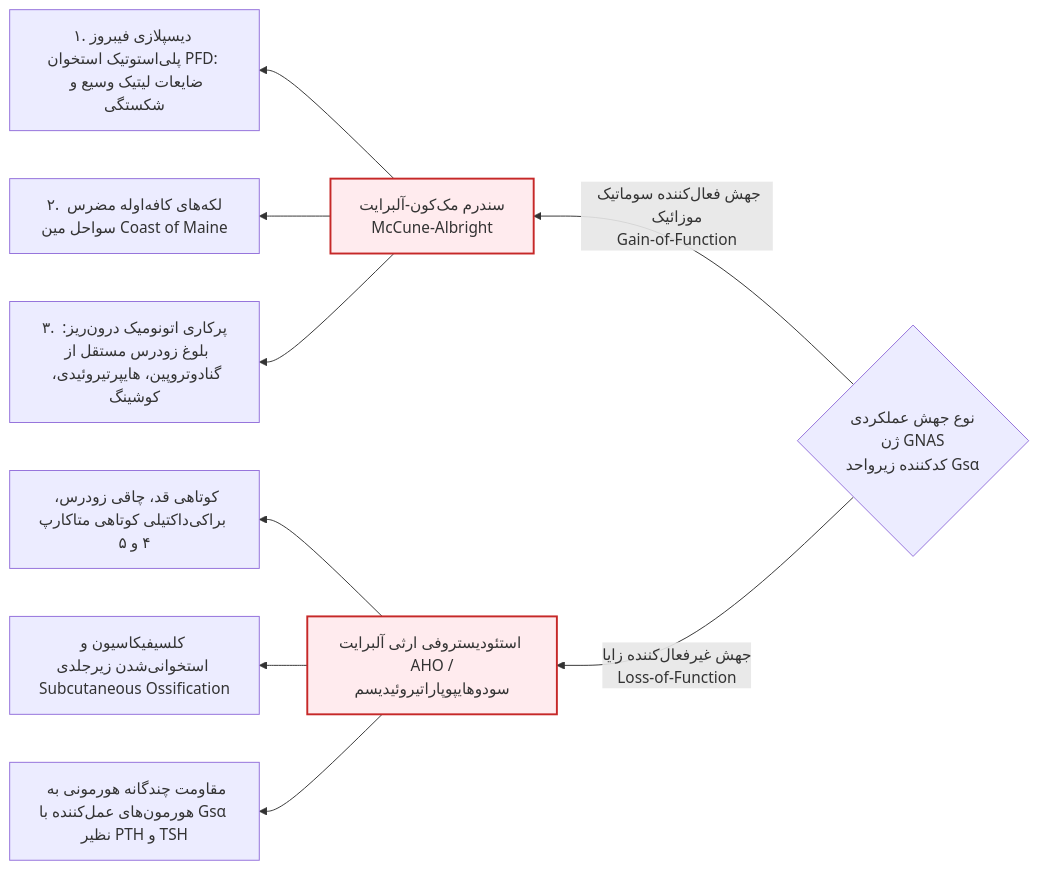
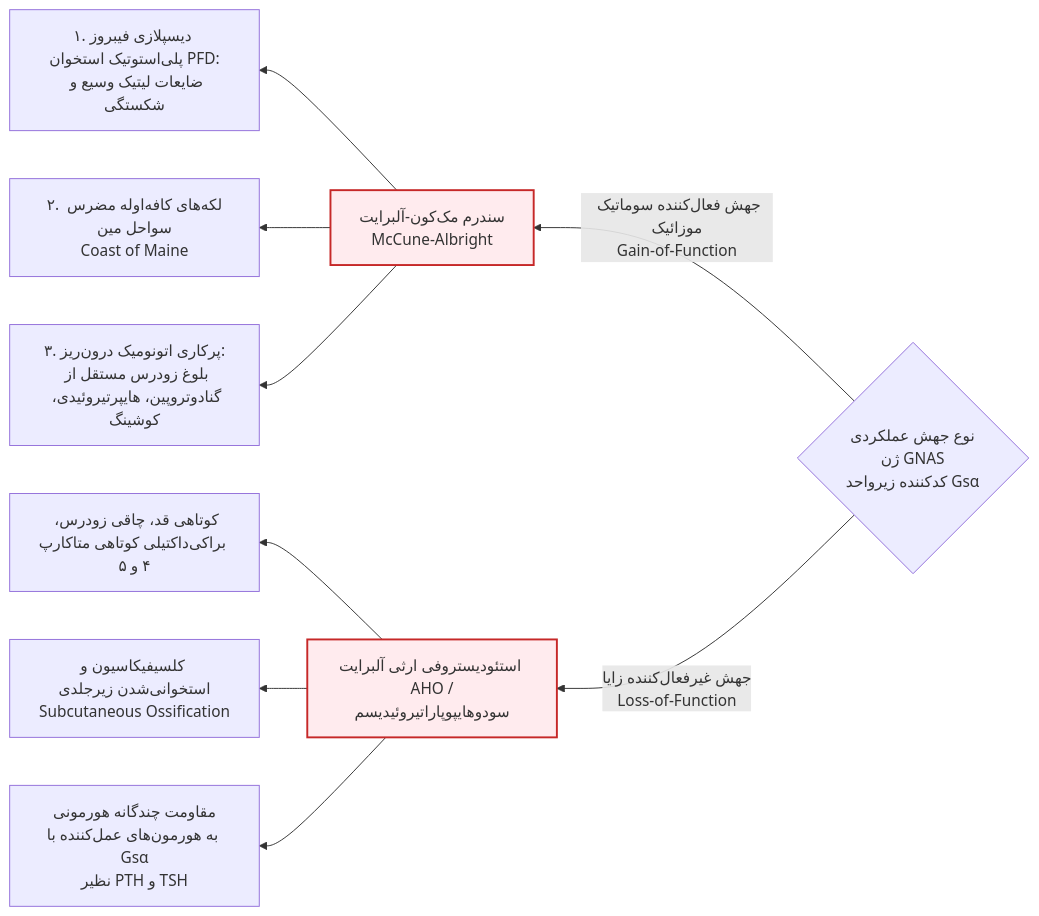
Before and after one commit to neopulse-hub/TUMS-1402-1-neo: the fifth of 8 diagrams in 07/مبانی غدد/کلیات.md, drawn with Mermaid.

````diff
--- a/07/مبانی غدد/کلیات.md
+++ b/07/مبانی غدد/کلیات.md
@@ -186,17 +186,17 @@
 ```mermaid
 flowchart RL
     classDef mut fill:#ffebee,stroke:#c62828,stroke-width:2px;
 
     MutType{نوع جهش عملکردی<br>ژن GNAS<br>کدکننده زیرواحد Gsα}
 
     MutType -->|جهش فعال‌کننده سوماتیک موزائیک<br>Gain-of-Function| MAS[سندرم مک‌کون-آلبرایت<br>McCune-Albright]:::mut
     MutType -->|جهش غیرفعال‌کننده زایا<br>Loss-of-Function| AHO[استئودیستروفی ارثی آلبرایت AHO /<br>سودوهایپوپاراتیروئیدیسم]:::mut
 
-    MAS --> MAS_Triad1[۱. دیسپلازی فیبروز پلی‌استوتیک استخوان PFD: ضایعات لیتیک وسیع و شکستگی]
-    MAS --> MAS_Triad2[۲. لکه‌های کافه‌اوله مضرس سواحل مین Coast of Maine]
-    MAS --> MAS_Triad3[۳. پرکاری اتونومیک درون‌ریز: بلوغ زودرس مستقل از گنادوتروپین، هایپرتیروئیدی، کوشینگ]
+    MAS --> MAS_Triad1[۱. دیسپلازی فیبروز پلی‌استوتیک استخوان PFD:<br>ضایعات لیتیک وسیع و شکستگی]
+    MAS --> MAS_Triad2[۲. لکه‌های کافه‌اوله مضرس سواحل مین<br>Coast of Maine]
+    MAS --> MAS_Triad3[۳. پرکاری اتونومیک درون‌ریز:<br>بلوغ زودرس مستقل از گنادوتروپین، هایپرتیروئیدی، کوشینگ]
 
     AHO --> AHO_Sign1[کوتاهی قد، چاقی زودرس، براکی‌داکتیلی کوتاهی متاکارپ ۴ و ۵]
-    AHO --> AHO_Sign2[کلسیفیکاسیون و استخوانی‌شدن زیرجلدی Subcutaneous Ossification]
-    AHO --> AHO_Sign3[مقاومت چندگانه هورمونی به هورمون‌های عمل‌کننده با Gsα نظیر PTH و TSH]
+    AHO --> AHO_Sign2[کلسیفیکاسیون و استخوانی‌شدن زیرجلدی<br>Subcutaneous Ossification]
+    AHO --> AHO_Sign3[مقاومت چندگانه هورمونی<br>به هورمون‌های عمل‌کننده با Gsα<br>نظیر PTH و TSH]
 ```
````
